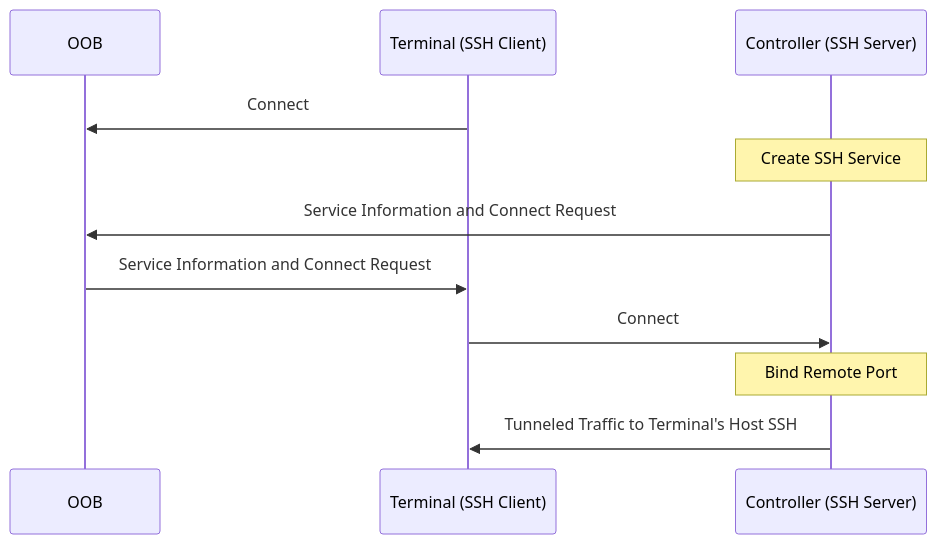
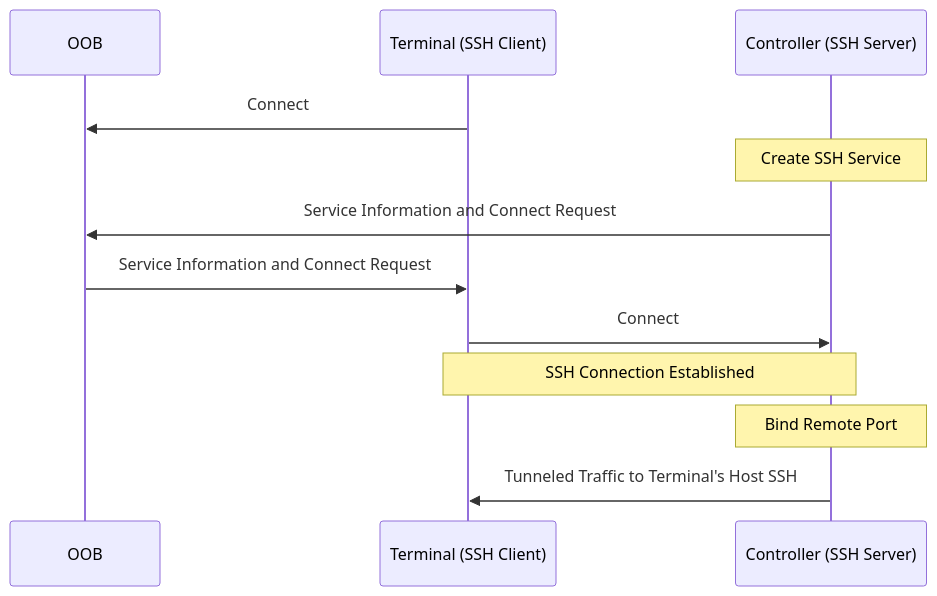
Before and after one commit to buganini/paramiko-tunnel: the third of 3 diagrams in README.md, drawn with Mermaid. The commit also changed other lines of this file, not shown here.

Commit message:
update sequence diagram

````diff
--- a/README.md
+++ b/README.md
@@ -40,13 +40,14 @@
 ```mermaid
 sequenceDiagram
     participant OOB
     participant Terminal (SSH Client)
     participant Controller (SSH Server)
     Terminal (SSH Client)->>OOB: Connect
     Note over Controller (SSH Server): Create SSH Service
     Controller (SSH Server)->>OOB: Service Information and Connect Request
     OOB->>Terminal (SSH Client): Service Information and Connect Request
     Terminal (SSH Client)->>Controller (SSH Server): Connect
+    Note over Terminal (SSH Client),Controller (SSH Server): SSH Connection Established
     Note over Controller (SSH Server): Bind Remote Port
     Controller (SSH Server)->>Terminal (SSH Client): Tunneled Traffic to Terminal's Host SSH
 ```
````
